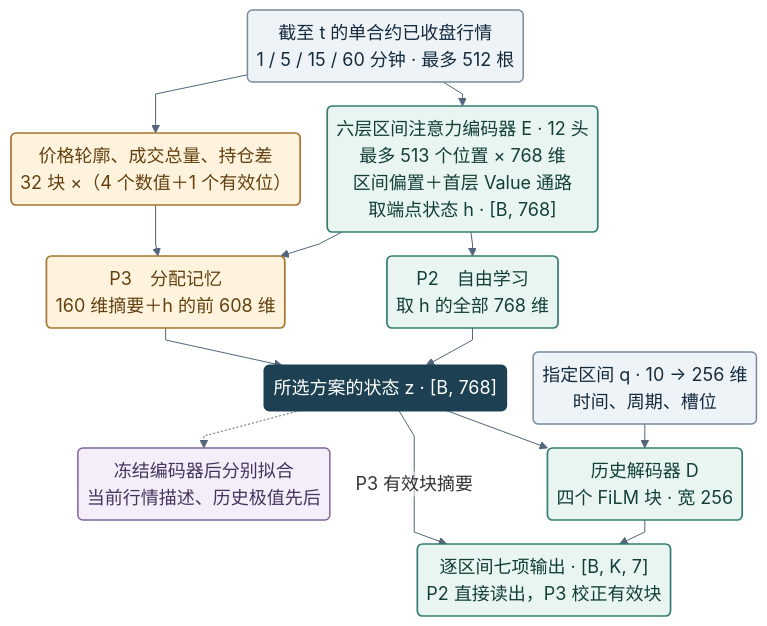
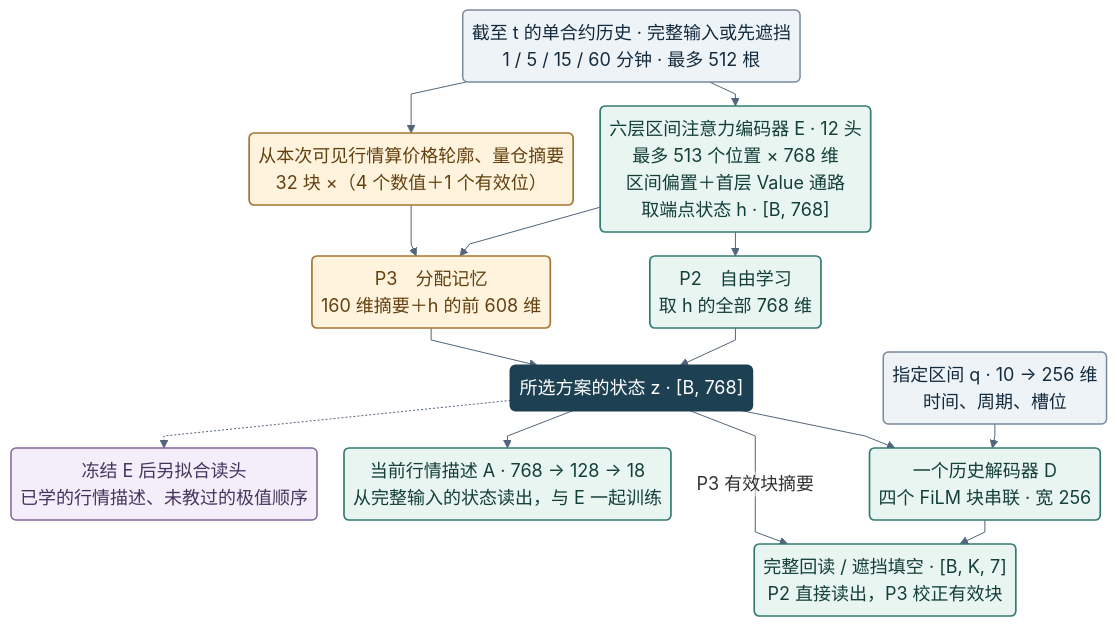
One commit to BardanYu2025/obson changed the diagram in docs/babel/figures/babel_state_architecture.mmd. Above: the diagram before and after it, drawn with Mermaid. The commit also changed 5 other files, not shown here.

```diff
--- a/docs/babel/figures/babel_state_architecture.mmd
+++ b/docs/babel/figures/babel_state_architecture.mmd
@@ -1,36 +1,38 @@
 %%{init: {"theme":"base","themeVariables":{"fontFamily":"PingFang SC, Hiragino Sans GB, Arial, sans-serif","fontSize":"18px","lineColor":"#53657b","textColor":"#14293a","edgeLabelBackground":"#ffffff"},"flowchart":{"htmlLabels":false,"useMaxWidth":false,"curve":"linear","nodeSpacing":27,"rankSpacing":24,"wrappingWidth":380,"diagramPadding":12,"padding":9}}}%%
 flowchart TB
-    input("截至 t 的单合约已收盘行情<br/>1 / 5 / 15 / 60 分钟 · 最多 512 根")
+    input("截至 t 的单合约历史 · 完整输入或先遮挡<br/>1 / 5 / 15 / 60 分钟 · 最多 512 根")
     encode("六层区间注意力编码器 E · 12 头<br/>最多 513 个位置 × 768 维<br/>区间偏置＋首层 Value 通路<br/>取端点状态 h · [B, 768]")
-    facts("价格轮廓、成交总量、持仓差<br/>32 块 ×（4 个数值＋1 个有效位）")
+    facts("从本次可见行情算价格轮廓、量仓摘要<br/>32 块 ×（4 个数值＋1 个有效位）")
     p2("P2　自由学习<br/>取 h 的全部 768 维")
     p3("P3　分配记忆<br/>160 维摘要＋h 的前 608 维")
     state("所选方案的状态 z · [B, 768]")
     query("指定区间 q · 10 → 256 维<br/>时间、周期、槽位")
-    decode("历史解码器 D<br/>四个 FiLM 块 · 宽 256")
-    out("逐区间七项输出 · [B, K, 7]<br/>P2 直接读出，P3 校正有效块")
-    uses("冻结编码器后分别拟合<br/>当前行情描述、历史极值先后")
+    decode("一个历史解码器 D<br/>四个 FiLM 块串联 · 宽 256")
+    out("完整回读 / 遮挡填空 · [B, K, 7]<br/>P2 直接读出，P3 校正有效块")
+    desc("当前行情描述 A · 768 → 128 → 18<br/>从完整输入的状态读出，与 E 一起训练")
+    uses("冻结 E 后另拟合读头<br/>已学的行情描述、未教过的极值顺序")
 
     input --> encode
     input --> facts
     encode --> p2
     encode --> p3
     facts --> p3
     p2 --> state
     p3 --> state
     state --> decode
     query --> decode
     decode --> out
     state -->|P3 有效块摘要| out
+    state --> desc
     state -.-> uses
 
     classDef observed fill:#eef3f7,stroke:#788a9c,color:#142b3e,stroke-width:1.5px;
     classDef learned fill:#e8f5f1,stroke:#347c71,color:#143f39,stroke-width:1.7px;
     classDef fixed fill:#fff3de,stroke:#a57531,color:#63400e,stroke-width:1.7px;
     classDef publicState fill:#1d4052,stroke:#1d4052,color:#ffffff,stroke-width:2px;
     classDef downstream fill:#f3eef9,stroke:#80649e,color:#47345e,stroke-width:1.5px;
     class input,query observed;
-    class encode,p2,decode,out learned;
+    class encode,p2,decode,out,desc learned;
     class facts,p3 fixed;
     class state publicState;
     class uses downstream;
```
